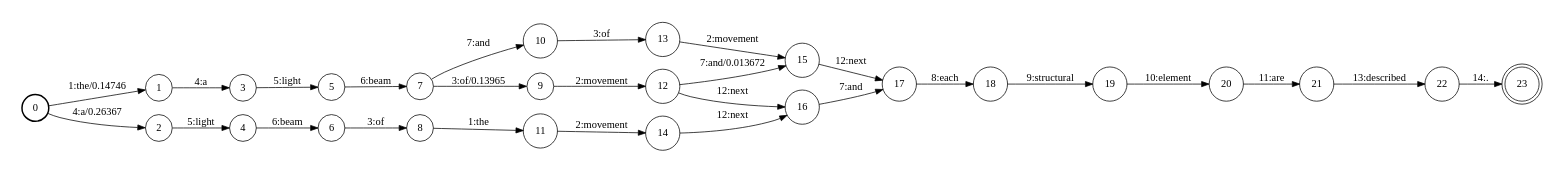
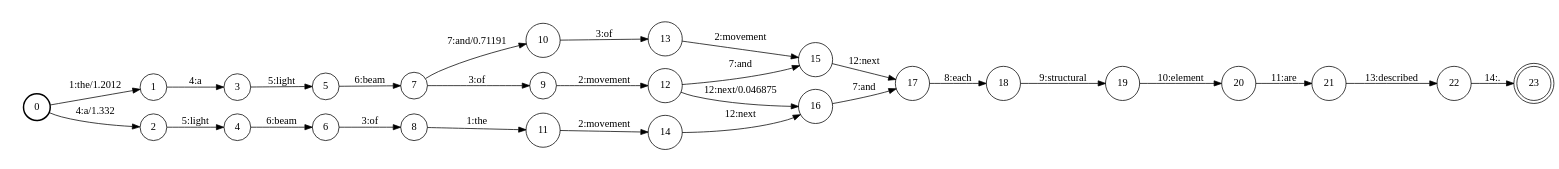
The diagram in out/task5.1/dev.en.7.dot (pepijnkokke/UvA-MT2-PBT), drawn with Graphviz before and after one commit. The commit also changed 40 other files, not shown here.

```diff
--- a/out/task5.1/dev.en.7.dot
+++ b/out/task5.1/dev.en.7.dot
@@ -1,59 +1,59 @@
 digraph FST {
 rankdir = LR;
 size = "8.5,11";
 label = "";
 center = 1;
 orientation = Portrait;
 ranksep = "0.4";
 nodesep = "0.25";
 0 [label = "0", shape = circle, style = bold, fontsize = 14]
-	0 -> 1 [label = "1:the/0.14746", fontsize = 14];
-	0 -> 2 [label = "4:a/0.26367", fontsize = 14];
+	0 -> 1 [label = "1:the/1.2012", fontsize = 14];
+	0 -> 2 [label = "4:a/1.332", fontsize = 14];
 1 [label = "1", shape = circle, style = solid, fontsize = 14]
 	1 -> 3 [label = "4:a", fontsize = 14];
 2 [label = "2", shape = circle, style = solid, fontsize = 14]
 	2 -> 4 [label = "5:light", fontsize = 14];
 3 [label = "3", shape = circle, style = solid, fontsize = 14]
 	3 -> 5 [label = "5:light", fontsize = 14];
 4 [label = "4", shape = circle, style = solid, fontsize = 14]
 	4 -> 6 [label = "6:beam", fontsize = 14];
 5 [label = "5", shape = circle, style = solid, fontsize = 14]
 	5 -> 7 [label = "6:beam", fontsize = 14];
 6 [label = "6", shape = circle, style = solid, fontsize = 14]
 	6 -> 8 [label = "3:of", fontsize = 14];
 7 [label = "7", shape = circle, style = solid, fontsize = 14]
-	7 -> 9 [label = "3:of/0.13965", fontsize = 14];
-	7 -> 10 [label = "7:and", fontsize = 14];
+	7 -> 9 [label = "3:of", fontsize = 14];
+	7 -> 10 [label = "7:and/0.71191", fontsize = 14];
 8 [label = "8", shape = circle, style = solid, fontsize = 14]
 	8 -> 11 [label = "1:the", fontsize = 14];
 9 [label = "9", shape = circle, style = solid, fontsize = 14]
 	9 -> 12 [label = "2:movement", fontsize = 14];
 10 [label = "10", shape = circle, style = solid, fontsize = 14]
 	10 -> 13 [label = "3:of", fontsize = 14];
 11 [label = "11", shape = circle, style = solid, fontsize = 14]
 	11 -> 14 [label = "2:movement", fontsize = 14];
 12 [label = "12", shape = circle, style = solid, fontsize = 14]
-	12 -> 15 [label = "7:and/0.013672", fontsize = 14];
-	12 -> 16 [label = "12:next", fontsize = 14];
+	12 -> 15 [label = "7:and", fontsize = 14];
+	12 -> 16 [label = "12:next/0.046875", fontsize = 14];
 13 [label = "13", shape = circle, style = solid, fontsize = 14]
 	13 -> 15 [label = "2:movement", fontsize = 14];
 14 [label = "14", shape = circle, style = solid, fontsize = 14]
 	14 -> 16 [label = "12:next", fontsize = 14];
 15 [label = "15", shape = circle, style = solid, fontsize = 14]
 	15 -> 17 [label = "12:next", fontsize = 14];
 16 [label = "16", shape = circle, style = solid, fontsize = 14]
 	16 -> 17 [label = "7:and", fontsize = 14];
 17 [label = "17", shape = circle, style = solid, fontsize = 14]
 	17 -> 18 [label = "8:each", fontsize = 14];
 18 [label = "18", shape = circle, style = solid, fontsize = 14]
 	18 -> 19 [label = "9:structural", fontsize = 14];
 19 [label = "19", shape = circle, style = solid, fontsize = 14]
 	19 -> 20 [label = "10:element", fontsize = 14];
 20 [label = "20", shape = circle, style = solid, fontsize = 14]
 	20 -> 21 [label = "11:are", fontsize = 14];
 21 [label = "21", shape = circle, style = solid, fontsize = 14]
 	21 -> 22 [label = "13:described", fontsize = 14];
 22 [label = "22", shape = circle, style = solid, fontsize = 14]
 	22 -> 23 [label = "14:.", fontsize = 14];
 23 [label = "23", shape = doublecircle, style = solid, fontsize = 14]
 }
```
